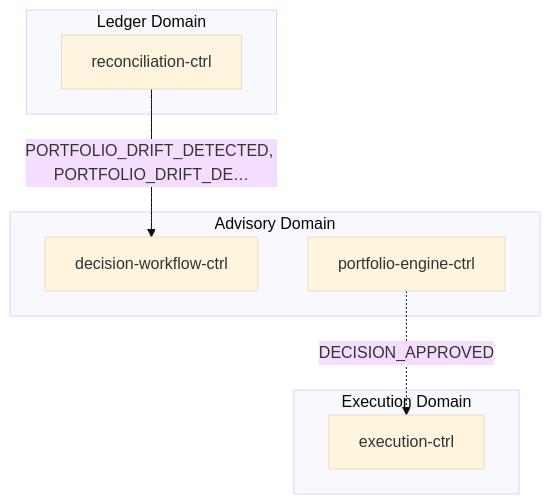
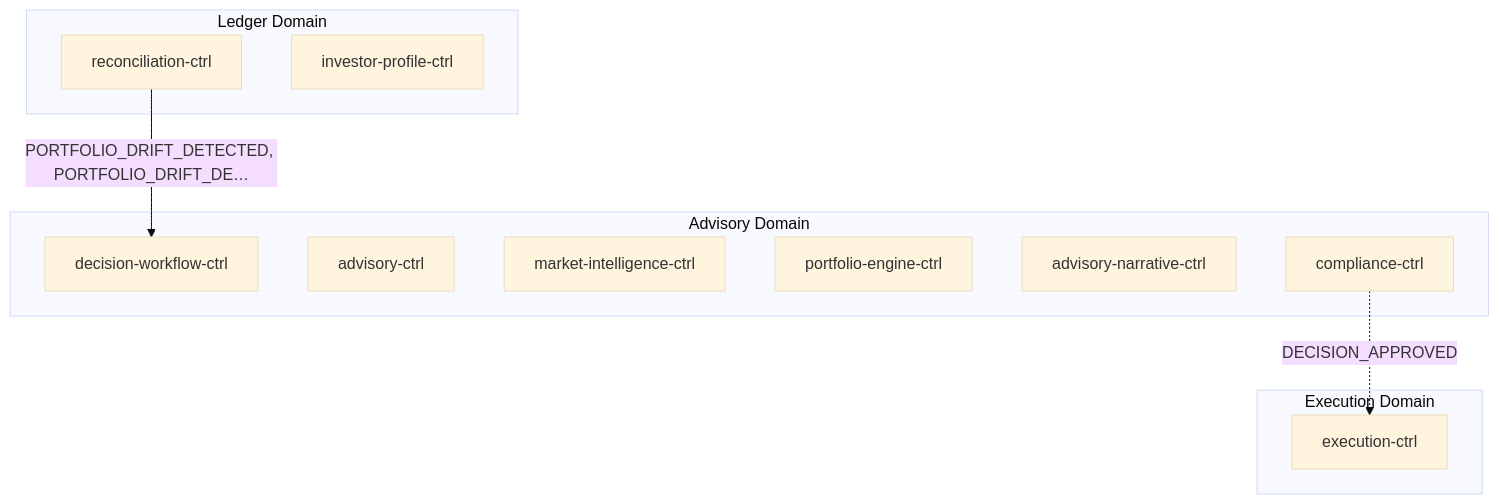
One commit to fabio-vitali/nestfolio changed the first of 2 diagrams in docs/data-flows/portfolio-rebalance.md. Above: the diagram before and after it, drawn with Mermaid (base theme). The commit also changed other lines of this file and 53 other files, not shown here.

First line of the commit message:
docs: regenerate all service cards, flow specs, and C4 diagrams via /init-docs

````diff
--- a/docs/data-flows/portfolio-rebalance.md
+++ b/docs/data-flows/portfolio-rebalance.md
@@ -11,15 +11,20 @@
 ```mermaid
 flowchart TD
     subgraph ledger["Ledger Domain"]
         reconciliation_ctrl["reconciliation-ctrl"]
+        investor_profile_ctrl["investor-profile-ctrl"]
     end
     subgraph advisory["Advisory Domain"]
         decision_workflow_ctrl["decision-workflow-ctrl"]
+        advisory_ctrl["advisory-ctrl"]
+        market_intelligence_ctrl["market-intelligence-ctrl"]
         portfolio_engine_ctrl["portfolio-engine-ctrl"]
+        advisory_narrative_ctrl["advisory-narrative-ctrl"]
+        compliance_ctrl["compliance-ctrl"]
     end
     subgraph execution["Execution Domain"]
         execution_ctrl["execution-ctrl"]
     end
     reconciliation_ctrl -->|"PORTFOLIO_DRIFT_DETECTED, PORTFOLIO_DRIFT_DE…"| decision_workflow_ctrl
-    portfolio_engine_ctrl -.->|"DECISION_APPROVED"| execution_ctrl
+    compliance_ctrl -.->|"DECISION_APPROVED"| execution_ctrl
 ```
````
